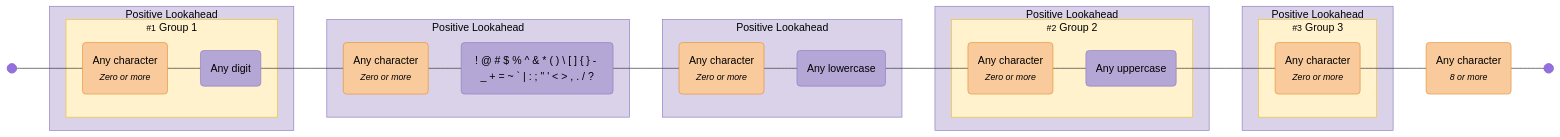
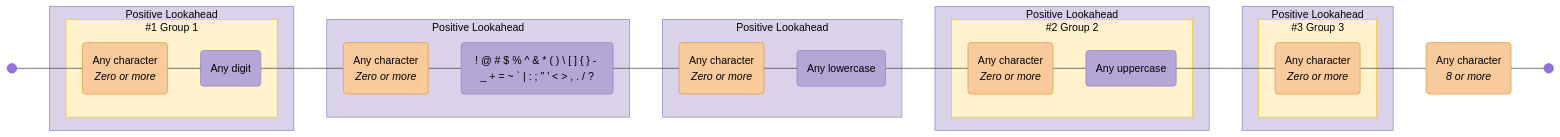
One commit to tayles/regex-to-mermaid changed the diagram in diagrams/password-requirements.mermaid. Above: the diagram before and after it, drawn with Mermaid. The commit also changed 37 other files, not shown here.

```diff
--- a/diagrams/password-requirements.mermaid
+++ b/diagrams/password-requirements.mermaid
@@ -1,80 +1,80 @@
 graph LR
   accTitle: "Regex: (?=(.*[0-9]))(?=.*[\\!@#$%^&*()\\\\[\\]{}\\-_+=~`|:;\"'<>,./?])(?=.*[a-z])(?=(.*[A-Z]))(?=(.*)).{8,}"
   accDescr: "Generated with regex-to-mermaid@1.0.3"
 
   %% Nodes
   start@{ shape: f-circ };
   fin@{ shape: f-circ };
-  literal_1("Any character<br><i><small>Zero or more</small></i>"):::literal;
+  literal_1("Any character<br><i>Zero or more</i>"):::literal;
   char_class_1("Any digit"):::char-class;
-  literal_2("Any character<br><i><small>Zero or more</small></i>"):::literal;
+  literal_2("Any character<br><i>Zero or more</i>"):::literal;
   char_class_2("! @ # $ % ^ & * ( ) \ [ ] { } - _ + = ~ ` | : ; #quot; ' < > , . / ?"):::char-class;
-  literal_3("Any character<br><i><small>Zero or more</small></i>"):::literal;
+  literal_3("Any character<br><i>Zero or more</i>"):::literal;
   char_class_3("Any lowercase"):::char-class;
-  literal_4("Any character<br><i><small>Zero or more</small></i>"):::literal;
+  literal_4("Any character<br><i>Zero or more</i>"):::literal;
   char_class_4("Any uppercase"):::char-class;
-  literal_5("Any character<br><i><small>Zero or more</small></i>"):::literal;
-  literal_6("Any character<br><i><small>8 or more</small></i>"):::literal;
+  literal_5("Any character<br><i>Zero or more</i>"):::literal;
+  literal_6("Any character<br><i>8 or more</i>"):::literal;
 
   %% Subgraphs
-  subgraph standard_1 ["<small>#1</small> Group 1"]
+  subgraph standard_1 ["#1 Group 1"]
     literal_1
     char_class_1
   end
 
   subgraph positive_lookahead_1 ["Positive Lookahead"]
     standard_1
   end
 
   subgraph positive_lookahead_2 ["Positive Lookahead"]
     literal_2
     char_class_2
   end
 
   subgraph positive_lookahead_3 ["Positive Lookahead"]
     literal_3
     char_class_3
   end
 
-  subgraph standard_2 ["<small>#2</small> Group 2"]
+  subgraph standard_2 ["#2 Group 2"]
     literal_4
     char_class_4
   end
 
   subgraph positive_lookahead_4 ["Positive Lookahead"]
     standard_2
   end
 
-  subgraph standard_3 ["<small>#3</small> Group 3"]
+  subgraph standard_3 ["#3 Group 3"]
     literal_5
   end
 
   subgraph positive_lookahead_5 ["Positive Lookahead"]
     standard_3
   end
 
   %% Edges
   start --- literal_1;
   literal_1 --- char_class_1;
   char_class_1 --- literal_2;
   literal_2 --- char_class_2;
   char_class_2 --- literal_3;
   literal_3 --- char_class_3;
   char_class_3 --- literal_4;
   literal_4 --- char_class_4;
   char_class_4 --- literal_5;
   literal_5 --- literal_6;
   literal_6 --- fin;
 
   %% Styles
   %% Node Styling
   classDef literal fill:#F9CB9C,stroke:#E69138,color:#000000;
   classDef char-class fill:#B4A7D6,stroke:#8E7CC3,color:#000000;
 
   %% Group Styling
   classDef standard fill:#FFF2CC,stroke:#F1C232,color:#000000;
   classDef positive-lookahead fill:#D9D2E9,stroke:#8E7CC3,color:#000000;
 
   %% Apply Group Classes
   class standard_1,standard_2,standard_3 standard;
   class positive_lookahead_1,positive_lookahead_2,positive_lookahead_3,positive_lookahead_4,positive_lookahead_5 positive-lookahead;
```
